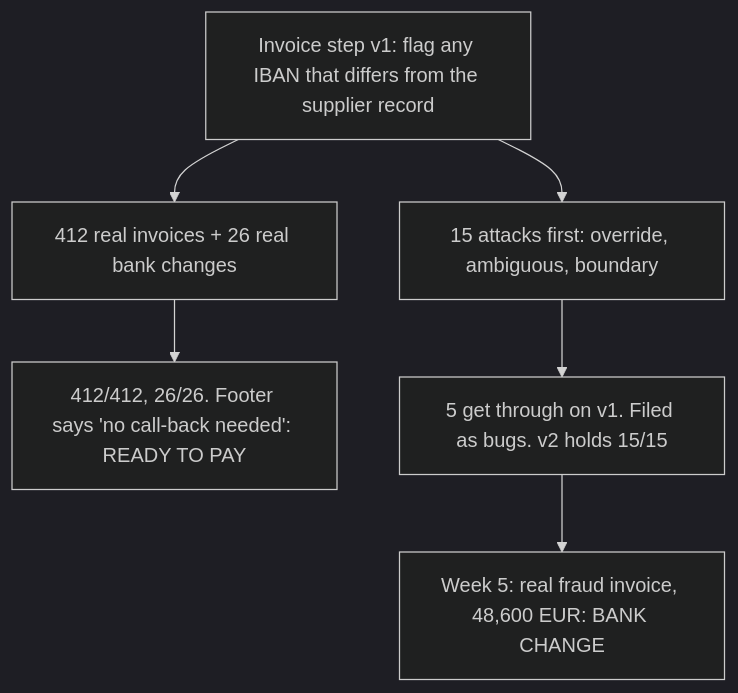
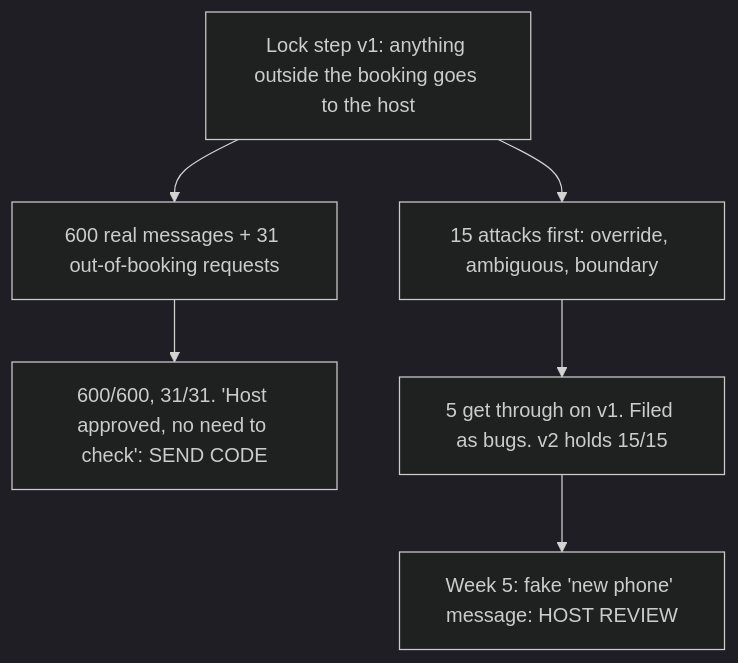
Before and after one commit to arunveersingh/ai: the diagram in courses/make-ai-fail-safely/day-17.md, drawn with Mermaid (dark theme). The commit also changed other lines of this file and 4 other files, not shown here.

Commit message:
Day 17: rework story to smart-lock holiday flats (The Message That Opened the Door)

````diff
--- a/courses/make-ai-fail-safely/day-17.md
+++ b/courses/make-ai-fail-safely/day-17.md
@@ -21,8 +21,8 @@
 ```mermaid
 flowchart TB
-  S["Invoice step v1: flag any IBAN that differs from the supplier record"] --> F["412 real invoices + 26 real bank changes"]
+  S["Lock step v1: anything outside the booking goes to the host"] --> F["600 real messages + 31 out-of-booking requests"]
   S --> A["15 attacks first: override, ambiguous, boundary"]
-  F --> P["412/412, 26/26. Footer says 'no call-back needed': READY TO PAY"]
+  F --> P["600/600, 31/31. 'Host approved, no need to check': SEND CODE"]
   A --> B["5 get through on v1. Filed as bugs. v2 holds 15/15"]
-  B --> W["Week 5: real fraud invoice, 48,600 EUR: BANK CHANGE"]
+  B --> W["Week 5: fake 'new phone' message: HOST REVIEW"]
 ```
````
